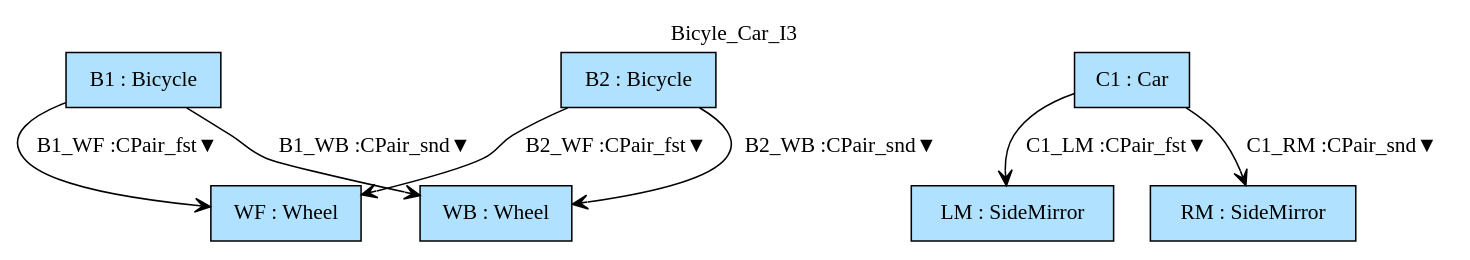
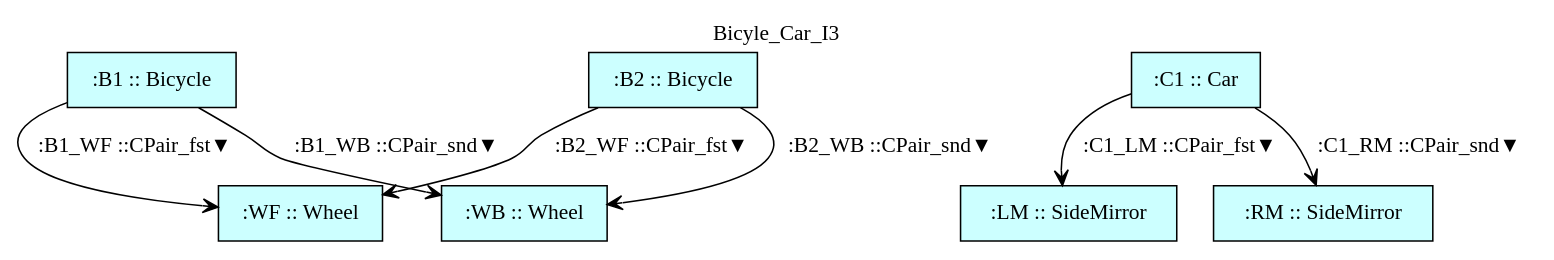
Before and after one commit to namalio/Fragmenta: the diagram in Haskell/FragmentaTests/VehicleParts/img/Bicyle_Car_I3.gv, drawn with Graphviz. The commit also changed 161 other files, not shown here.

```diff
--- a/Haskell/FragmentaTests/VehicleParts/img/Bicyle_Car_I3.gv
+++ b/Haskell/FragmentaTests/VehicleParts/img/Bicyle_Car_I3.gv
@@ -1,16 +1,16 @@
 digraph {graph[label=Bicyle_Car_I3,labelloc=tl,labelfontsize=12];
-"B1"[shape=box,fillcolor=lightskyblue1,style = filled,label="B1 : Bicycle"];
-"WF"[shape=box,fillcolor=lightskyblue1,style = filled,label="WF : Wheel"];
-"WB"[shape=box,fillcolor=lightskyblue1,style = filled,label="WB : Wheel"];
-"B2"[shape=box,fillcolor=lightskyblue1,style = filled,label="B2 : Bicycle"];
-"C1"[shape=box,fillcolor=lightskyblue1,style = filled,label="C1 : Car"];
-"LM"[shape=box,fillcolor=lightskyblue1,style = filled,label="LM : SideMirror"];
-"RM"[shape=box,fillcolor=lightskyblue1,style = filled,label="RM : SideMirror"];
+"B1"[shape=box,fillcolor="#CCFFFF",style = filled,label=":B1 :: Bicycle"];
+"WF"[shape=box,fillcolor="#CCFFFF",style = filled,label=":WF :: Wheel"];
+"WB"[shape=box,fillcolor="#CCFFFF",style = filled,label=":WB :: Wheel"];
+"B2"[shape=box,fillcolor="#CCFFFF",style = filled,label=":B2 :: Bicycle"];
+"C1"[shape=box,fillcolor="#CCFFFF",style = filled,label=":C1 :: Car"];
+"LM"[shape=box,fillcolor="#CCFFFF",style = filled,label=":LM :: SideMirror"];
+"RM"[shape=box,fillcolor="#CCFFFF",style = filled,label=":RM :: SideMirror"];
 
-"B1"->"WF"[label="B1_WF :CPair_fst▼",arrowhead=vee];
-"B1"->"WB"[label="B1_WB :CPair_snd▼",arrowhead=vee];
-"B2"->"WF"[label="B2_WF :CPair_fst▼",arrowhead=vee];
-"B2"->"WB"[label="B2_WB :CPair_snd▼",arrowhead=vee];
-"C1"->"LM"[label="C1_LM :CPair_fst▼",arrowhead=vee];
-"C1"->"RM"[label="C1_RM :CPair_snd▼",arrowhead=vee];
+"B1"->"WF"[label=":B1_WF ::CPair_fst▼",arrowhead=vee];
+"B1"->"WB"[label=":B1_WB ::CPair_snd▼",arrowhead=vee];
+"B2"->"WF"[label=":B2_WF ::CPair_fst▼",arrowhead=vee];
+"B2"->"WB"[label=":B2_WB ::CPair_snd▼",arrowhead=vee];
+"C1"->"LM"[label=":C1_LM ::CPair_fst▼",arrowhead=vee];
+"C1"->"RM"[label=":C1_RM ::CPair_snd▼",arrowhead=vee];
 }
```
